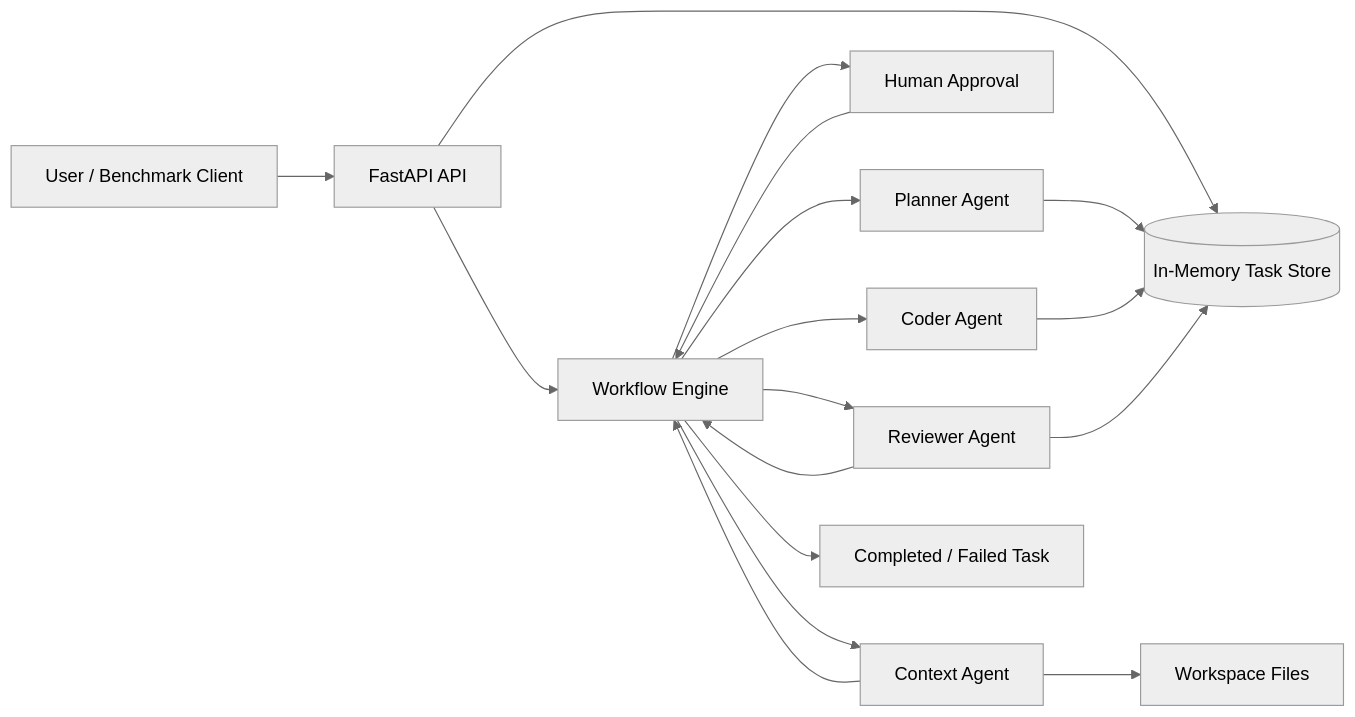
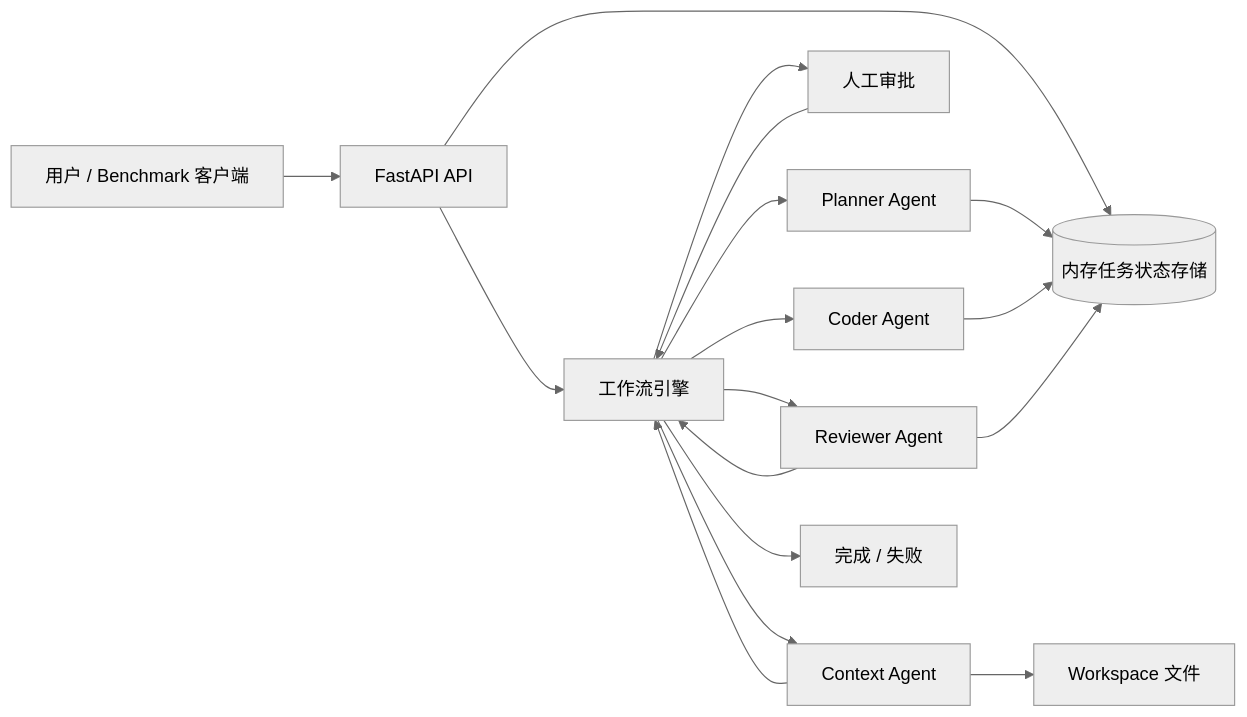
One commit to ZZUwxr/ai_coding_assistant changed the diagram in README.md. Above: the diagram before and after it, drawn with Mermaid (neutral theme). The commit also changed other lines of this file and 1 other file, not shown here.

````diff
--- a/README.md
+++ b/README.md
@@ -32,24 +34,24 @@
 ```mermaid
 flowchart LR
-    User[User / Benchmark Client] --> API[FastAPI API]
-    API --> TaskStore[(In-Memory Task Store)]
-    API --> Workflow[Workflow Engine]
+    User[用户 / Benchmark 客户端] --> API[FastAPI API]
+    API --> TaskStore[(内存任务状态存储)]
+    API --> Workflow[工作流引擎]
 
     Workflow --> Planner[Planner Agent]
     Planner --> TaskStore
-    Workflow --> Approval[Human Approval]
+    Workflow --> Approval[人工审批]
     Approval --> Workflow
 
     Workflow --> Context[Context Agent]
-    Context --> Workspace[Workspace Files]
+    Context --> Workspace[Workspace 文件]
     Context --> Workflow
 
     Workflow --> Coder[Coder Agent]
     Coder --> TaskStore
 
     Workflow --> Reviewer[Reviewer Agent]
     Reviewer --> TaskStore
     Reviewer --> Workflow
 
-    Workflow --> Result[Completed / Failed Task]
+    Workflow --> Result[完成 / 失败]
 ```
````
